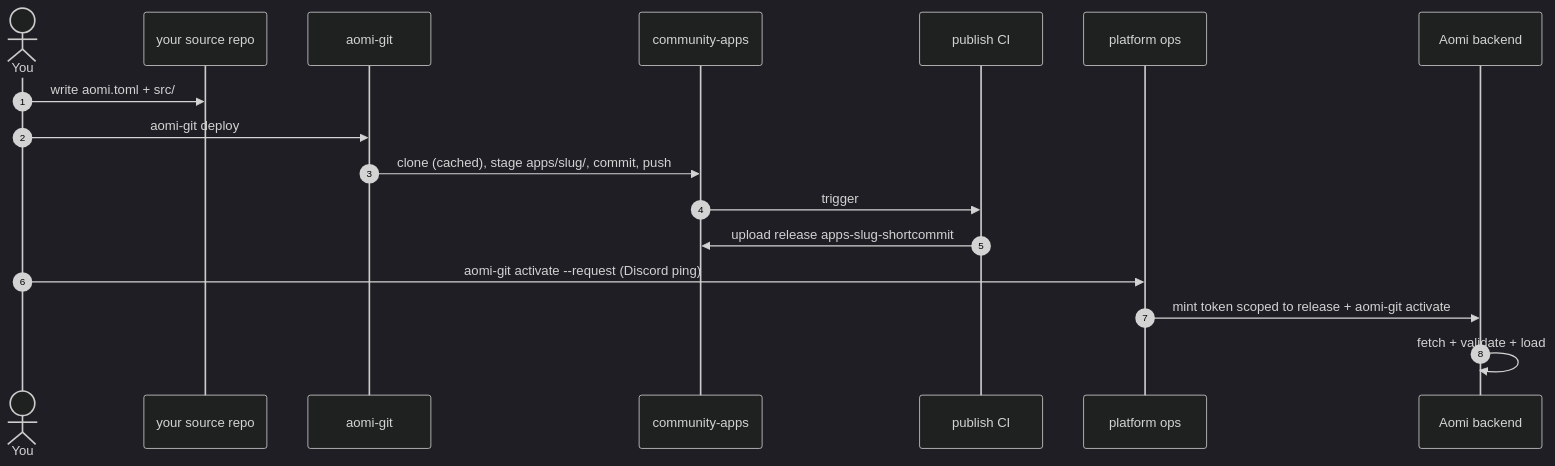
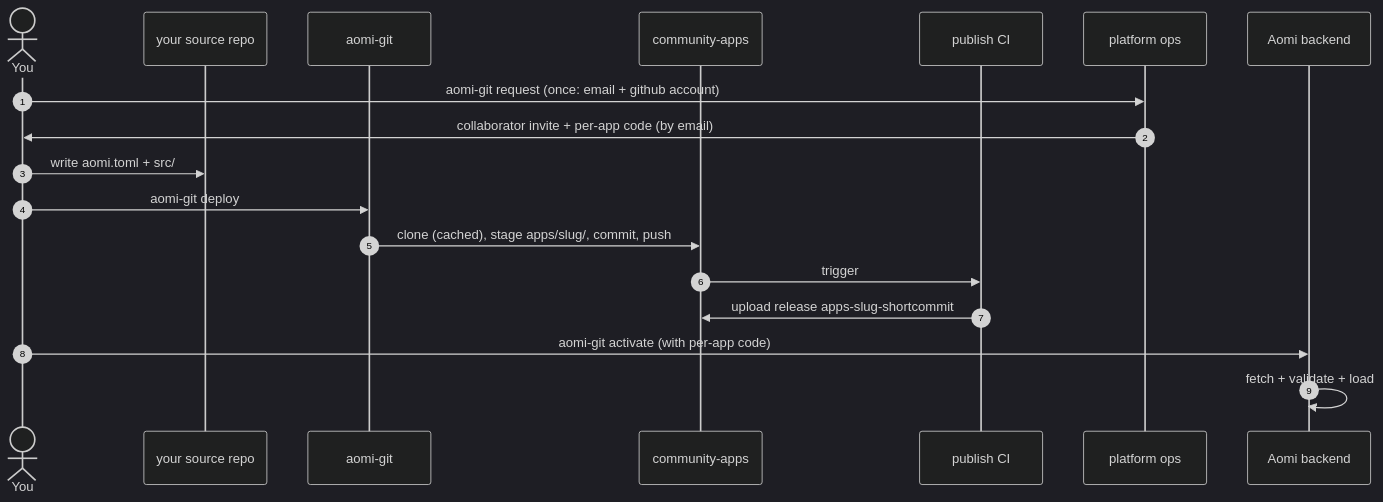
One commit to aomi-labs/docs changed the diagram in build/deploy.mdx. Above: the diagram before and after it, drawn with Mermaid (dark theme). The commit also changed other lines of this file and 31 other files, not shown here.

````diff
--- a/build/deploy.mdx
+++ b/build/deploy.mdx
@@ -21,20 +21,21 @@
 ```mermaid
 sequenceDiagram
     autonumber
     actor You
     participant Src as your source repo
     participant CLI as aomi-git
     participant Repo as community-apps
     participant CI as publish CI
     participant Ops as platform ops
     participant BE as Aomi backend
 
+    You->>Ops: aomi-git request (once: email + github account)
+    Ops->>You: collaborator invite + per-app code (by email)
     You->>Src: write aomi.toml + src/
     You->>CLI: aomi-git deploy
     CLI->>Repo: clone (cached), stage apps/slug/, commit, push
     Repo->>CI: trigger
     CI->>Repo: upload release apps-slug-shortcommit
-    You->>Ops: aomi-git activate --request (Discord ping)
-    Ops->>BE: mint token scoped to release + aomi-git activate
+    You->>BE: aomi-git activate (with per-app code)
     BE->>BE: fetch + validate + load
 ```
````
